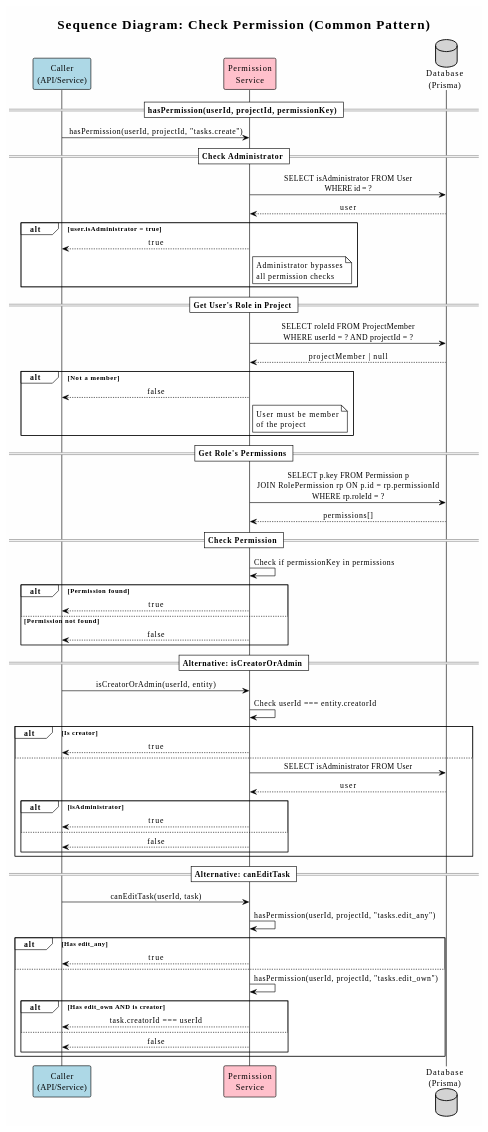
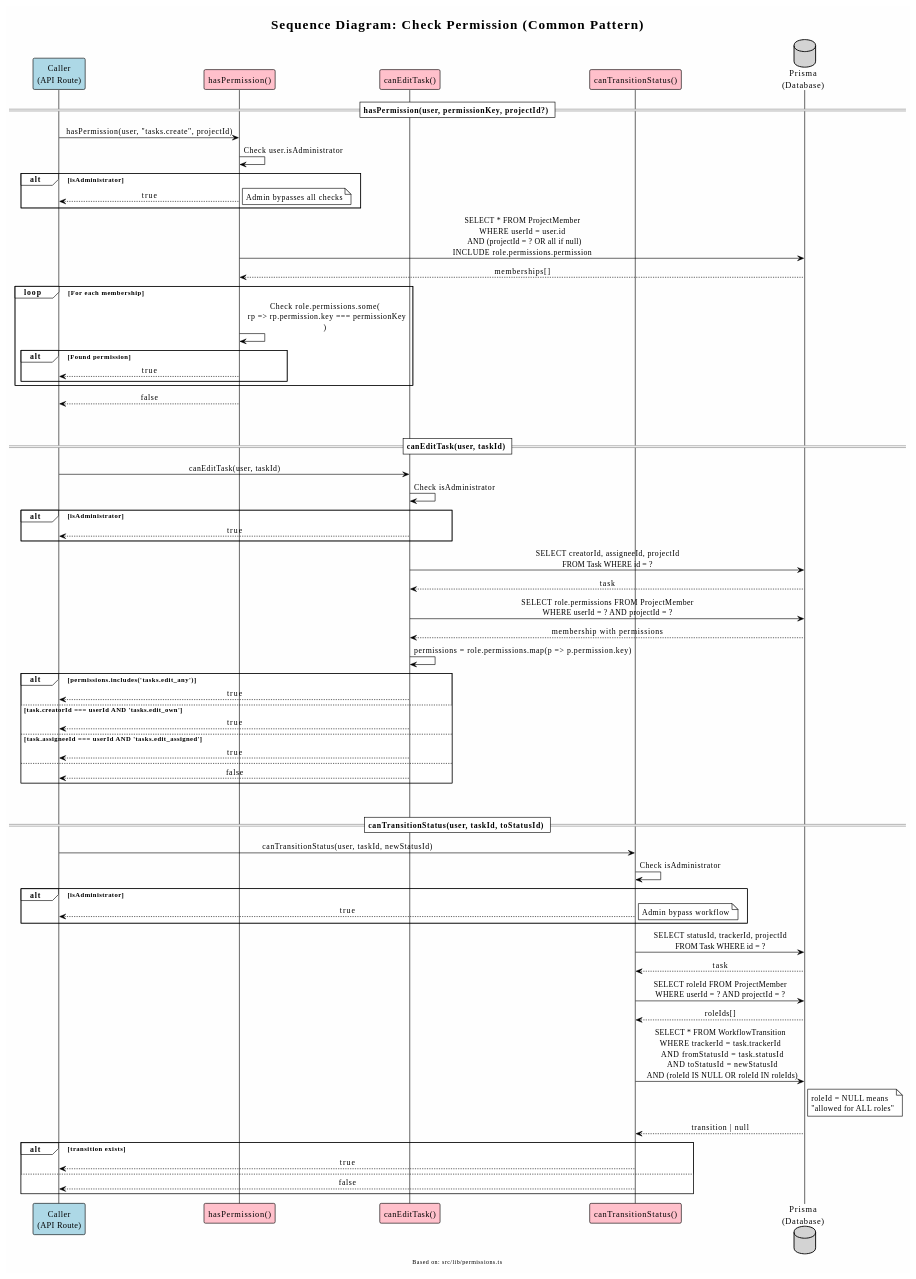
One commit to docuong039/worksphere changed the diagram in docs/sequence_diagram/14-check-permission.md. Above: the diagram before and after it, drawn with PlantUML. The commit also changed other lines of this file and 44 other files, not shown here.

Commit message:
update diagram trong docs

```diff
--- a/docs/sequence_diagram/14-check-permission.md
+++ b/docs/sequence_diagram/14-check-permission.md
@@ -25,83 +25,94 @@
 skinparam sequenceMessageAlign center
 
 title Sequence Diagram: Check Permission (Common Pattern)
+footer Based on: src/lib/permissions.ts
 
-participant "Caller\n(API/Service)" as Caller #LightBlue
-participant "Permission\nService" as PermService #Pink
-database "Database\n(Prisma)" as DB #LightGray
+participant "Caller\n(API Route)" as Caller #LightBlue
+participant "hasPermission()" as HasPerm #Pink
+participant "canEditTask()" as CanEdit #Pink
+participant "canTransitionStatus()" as CanTransition #Pink
+database "Prisma\n(Database)" as DB #LightGray
 
-== hasPermission(userId, projectId, permissionKey) ==
+== hasPermission(user, permissionKey, projectId?) ==
 
-Caller -> PermService: hasPermission(userId, projectId, "tasks.create")
+Caller -> HasPerm: hasPermission(user, "tasks.create", projectId)
 
-== Check Administrator ==
-PermService -> DB: SELECT isAdministrator FROM User\nWHERE id = ?
-DB --> PermService: user
-
-alt user.isAdministrator = true
-    PermService --> Caller: true
-    note right of PermService
-        Administrator bypasses
-        all permission checks
-    end note
+HasPerm -> HasPerm: Check user.isAdministrator
+alt isAdministrator
+    HasPerm --> Caller: true
+    note right: Admin bypasses all checks
 end
 
-== Get User's Role in Project ==
-PermService -> DB: SELECT roleId FROM ProjectMember\nWHERE userId = ? AND projectId = ?
-DB --> PermService: projectMember | null
+HasPerm -> DB: SELECT * FROM ProjectMember\nWHERE userId = user.id\n  AND (projectId = ? OR all if null)\nINCLUDE role.permissions.permission
+DB --> HasPerm: memberships[]
 
-alt Not a member
-    PermService --> Caller: false
-    note right of PermService
-        User must be member
-        of the project
-    end note
-end
-
-== Get Role's Permissions ==
-PermService -> DB: SELECT p.key FROM Permission p\nJOIN RolePermission rp ON p.id = rp.permissionId\nWHERE rp.roleId = ?
-DB --> PermService: permissions[]
-
-== Check Permission ==
-PermService -> PermService: Check if permissionKey in permissions
-
-alt Permission found
-    PermService --> Caller: true
-else Permission not found
-    PermService --> Caller: false
-end
-
-== Alternative: isCreatorOrAdmin ==
-
-Caller -> PermService: isCreatorOrAdmin(userId, entity)
-
-PermService -> PermService: Check userId === entity.creatorId
-alt Is creator
-    PermService --> Caller: true
-else
-    PermService -> DB: SELECT isAdministrator FROM User
-    DB --> PermService: user
-    alt isAdministrator
-        PermService --> Caller: true
-    else
-        PermService --> Caller: false
+loop For each membership
+    HasPerm -> HasPerm: Check role.permissions.some(\n  rp => rp.permission.key === permissionKey\n)
+    alt Found permission
+        HasPerm --> Caller: true
     end
 end
 
-== Alternative: canEditTask ==
+HasPerm --> Caller: false
 
-Caller -> PermService: canEditTask(userId, task)
+||40||
 
-PermService -> PermService: hasPermission(userId, projectId, "tasks.edit_any")
-alt Has edit_any
-    PermService --> Caller: true
+== canEditTask(user, taskId) ==
+
+Caller -> CanEdit: canEditTask(user, taskId)
+
+CanEdit -> CanEdit: Check isAdministrator
+alt isAdministrator
+    CanEdit --> Caller: true
+end
+
+CanEdit -> DB: SELECT creatorId, assigneeId, projectId\nFROM Task WHERE id = ?
+DB --> CanEdit: task
+
+CanEdit -> DB: SELECT role.permissions FROM ProjectMember\nWHERE userId = ? AND projectId = ?
+DB --> CanEdit: membership with permissions
+
+CanEdit -> CanEdit: permissions = role.permissions.map(p => p.permission.key)
+
+alt permissions.includes('tasks.edit_any')
+    CanEdit --> Caller: true
+else task.creatorId === userId AND 'tasks.edit_own'
+    CanEdit --> Caller: true
+else task.assigneeId === userId AND 'tasks.edit_assigned'
+    CanEdit --> Caller: true
 else
-    PermService -> PermService: hasPermission(userId, projectId, "tasks.edit_own")
-    alt Has edit_own AND is creator
-        PermService --> Caller: task.creatorId === userId
-    else
-        PermService --> Caller: false
-    end
+    CanEdit --> Caller: false
+end
+
+||40||
+
+== canTransitionStatus(user, taskId, toStatusId) ==
+
+Caller -> CanTransition: canTransitionStatus(user, taskId, newStatusId)
+
+CanTransition -> CanTransition: Check isAdministrator
+alt isAdministrator
+    CanTransition --> Caller: true
+    note right: Admin bypass workflow
+end
+
+CanTransition -> DB: SELECT statusId, trackerId, projectId\nFROM Task WHERE id = ?
+DB --> CanTransition: task
+
+CanTransition -> DB: SELECT roleId FROM ProjectMember\nWHERE userId = ? AND projectId = ?
+DB --> CanTransition: roleIds[]
+
+CanTransition -> DB: SELECT * FROM WorkflowTransition\nWHERE trackerId = task.trackerId\n  AND fromStatusId = task.statusId\n  AND toStatusId = newStatusId\n  AND (roleId IS NULL OR roleId IN roleIds)
+note right of DB
+  roleId = NULL means
+  "allowed for ALL roles"
+end note
+DB --> CanTransition: transition | null
+
+alt transition exists
+    CanTransition --> Caller: true
+else
+    CanTransition --> Caller: false
 end
 
 @enduml
```
